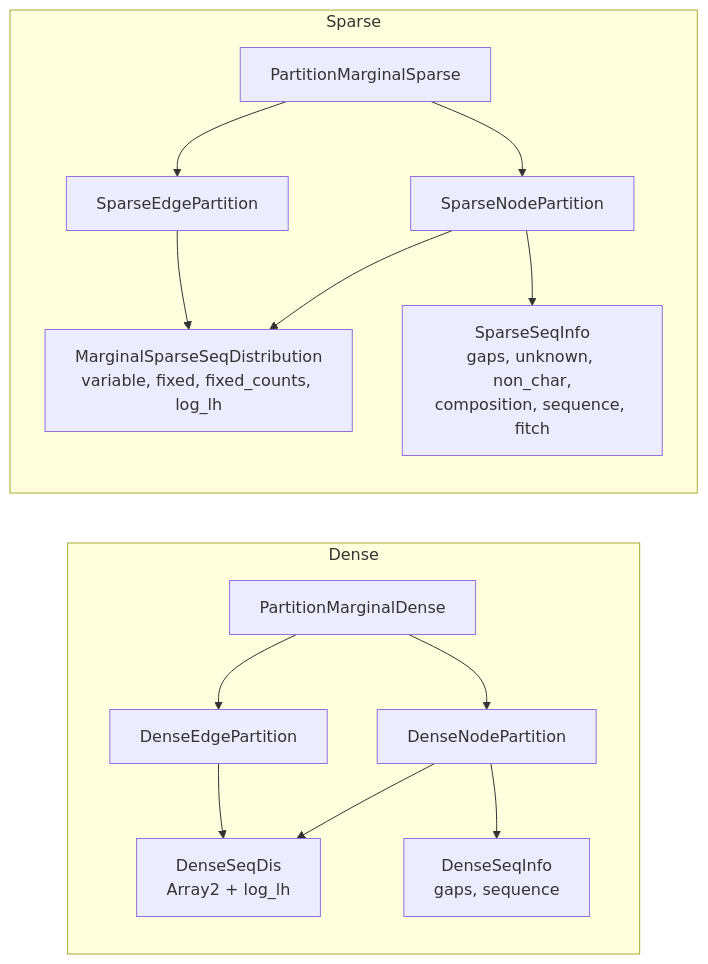
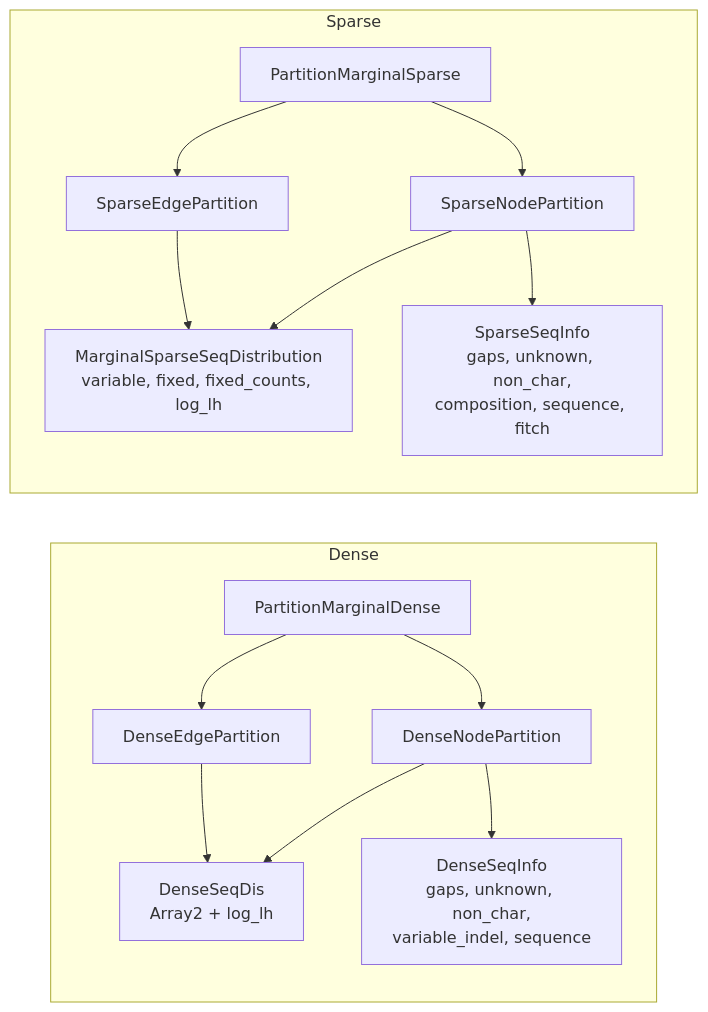
The diagram in docs/port-known-issues/L-representation-dense-sparse-partition-asymmetry.md (neherlab/treetime), drawn with Mermaid before and after one commit. The commit also changed other lines of this file and 4 other files, not shown here.

````diff
--- a/docs/port-known-issues/L-representation-dense-sparse-partition-asymmetry.md
+++ b/docs/port-known-issues/L-representation-dense-sparse-partition-asymmetry.md
@@ -7,20 +7,20 @@
 ```mermaid
 graph LR
     subgraph dense ["Dense"]
         direction TB
         D_P["PartitionMarginalDense"] --> D_N["DenseNodePartition"]
         D_P --> D_E["DenseEdgePartition"]
         D_N --> D_dis["DenseSeqDis<br/>Array2 + log_lh"]
-        D_N --> D_seq["DenseSeqInfo<br/>gaps, sequence"]
+        D_N --> D_seq["DenseSeqInfo<br/>gaps, unknown, non_char,<br/>variable_indel, sequence"]
         D_E --> D_dis
     end
 
     subgraph sparse ["Sparse"]
         direction TB
         S_P["PartitionMarginalSparse"] --> S_N["SparseNodePartition"]
         S_P --> S_E["SparseEdgePartition"]
         S_N --> S_dis["MarginalSparseSeqDistribution<br/>variable, fixed, fixed_counts, log_lh"]
         S_N --> S_seq["SparseSeqInfo<br/>gaps, unknown, non_char,<br/>composition, sequence, fitch"]
         S_E --> S_dis
     end
 ```
````
